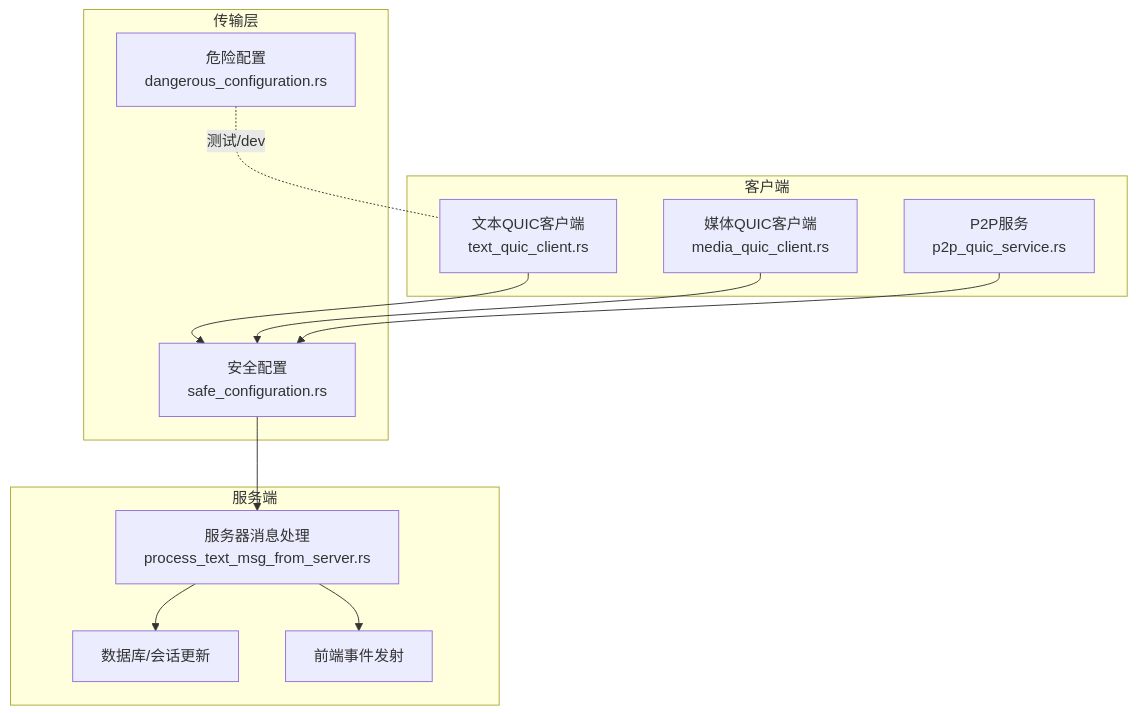
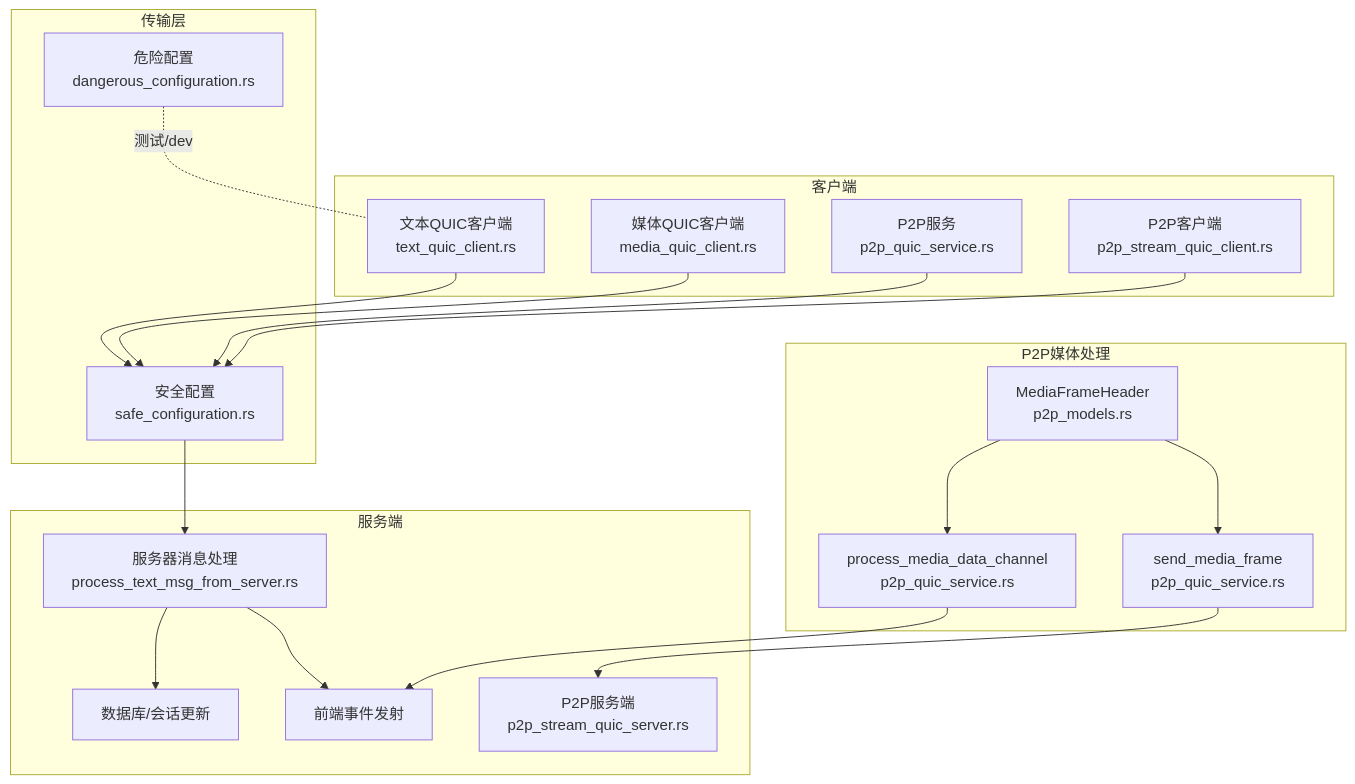
One commit to nicolastinger/only-talk-app changed the second of 11 diagrams in .qoder/repowiki/zh/content/网络通信/QUIC传输层.md. Above: the diagram before and after it, drawn with Mermaid. The commit also changed other lines of this file and 5 other files, not shown here.

````diff
--- a/.qoder/repowiki/zh/content/网络通信/QUIC传输层.md
+++ b/.qoder/repowiki/zh/content/网络通信/QUIC传输层.md
@@ -143,24 +171,36 @@
 ```mermaid
 graph TB
 subgraph "客户端"
 C_TXT["文本QUIC客户端<br/>text_quic_client.rs"]
 C_MED["媒体QUIC客户端<br/>media_quic_client.rs"]
 C_P2P["P2P服务<br/>p2p_quic_service.rs"]
+C_P2P_CLIENT["P2P客户端<br/>p2p_stream_quic_client.rs"]
 end
 subgraph "传输层"
 CFG_SAFE["安全配置<br/>safe_configuration.rs"]
 CFG_DANG["危险配置<br/>dangerous_configuration.rs"]
 end
 subgraph "服务端"
 S_PROC["服务器消息处理<br/>process_text_msg_from_server.rs"]
 S_DB["数据库/会话更新"]
 S_FE["前端事件发射"]
+S_P2P_SERVER["P2P服务端<br/>p2p_stream_quic_server.rs"]
+end
+subgraph "P2P媒体处理"
+MEDIA_HEADER["MediaFrameHeader<br/>p2p_models.rs"]
+PROC_MEDIA["process_media_data_channel<br/>p2p_quic_service.rs"]
+SEND_MEDIA["send_media_frame<br/>p2p_quic_service.rs"]
 end
 C_TXT --> CFG_SAFE
 C_MED --> CFG_SAFE
 C_P2P --> CFG_SAFE
+C_P2P_CLIENT --> CFG_SAFE
 CFG_SAFE --> S_PROC
 CFG_DANG -. 测试/dev .- C_TXT
 S_PROC --> S_DB
 S_PROC --> S_FE
+MEDIA_HEADER --> PROC_MEDIA
+MEDIA_HEADER --> SEND_MEDIA
+PROC_MEDIA --> S_FE
+SEND_MEDIA --> S_P2P_SERVER
 ```
````
